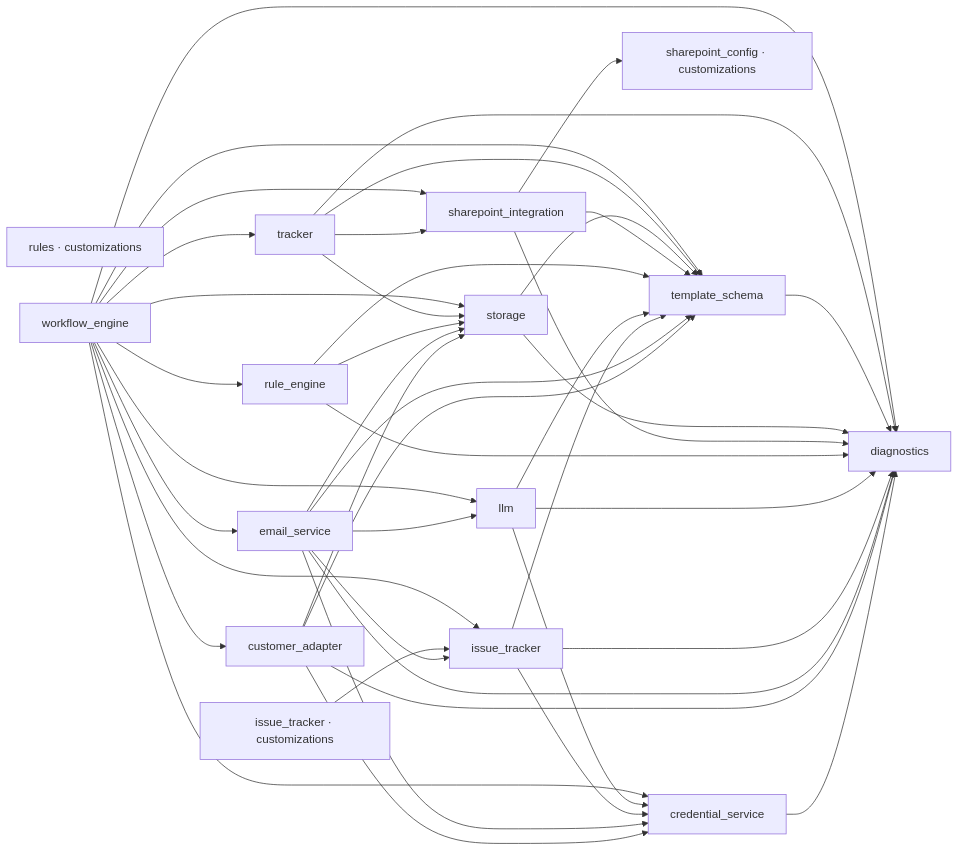
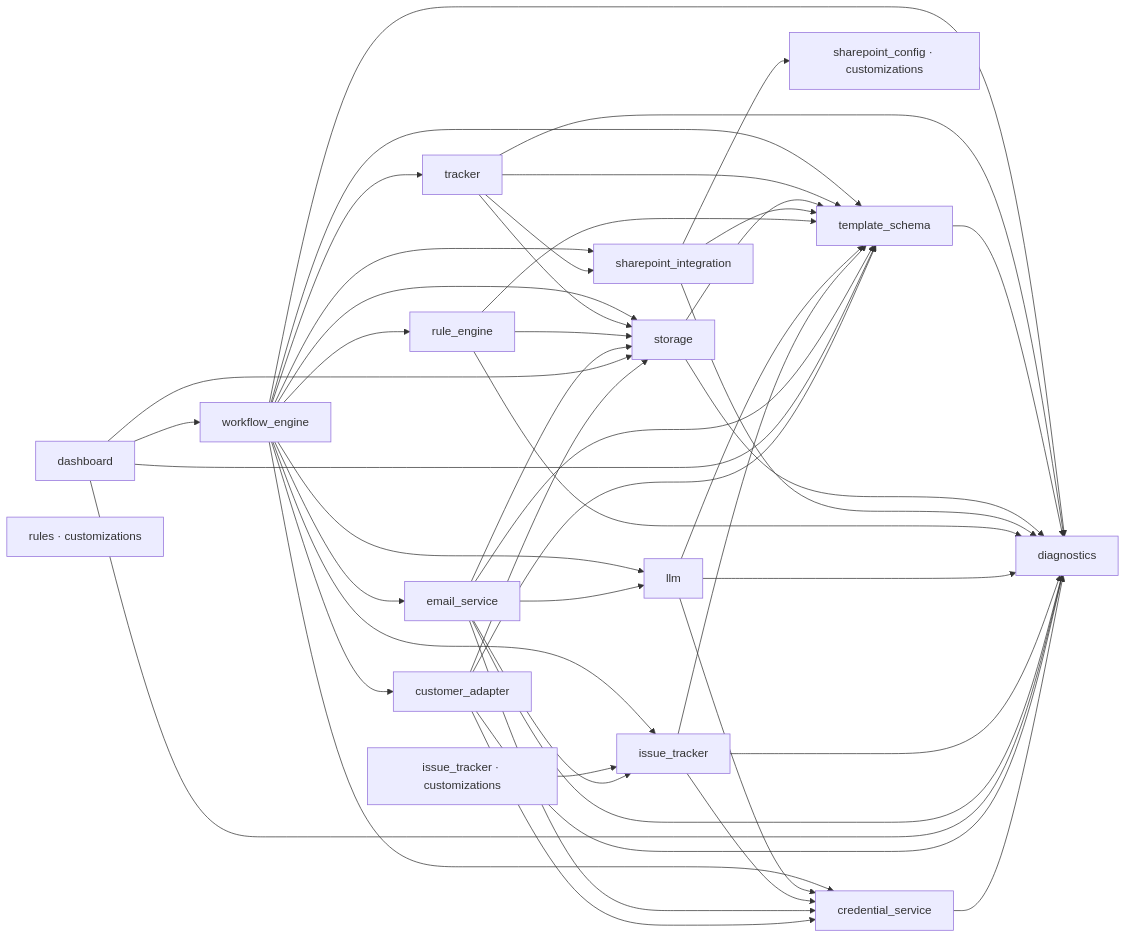
The diagram in docs/compact/MAP.md (kurnoolion/hilda), drawn with Mermaid before and after one commit. The commit also changed other lines of this file and 2 other files, not shown here.

First line of the commit message:
close-session(rule-engine-v1): journal session 1 + regen-map + seam-aligned Depends-on

````diff
--- a/docs/compact/MAP.md
+++ b/docs/compact/MAP.md
@@ -25,61 +26,66 @@
 ```mermaid
 flowchart LR
     m_credential_service[credential_service]
     m_customer_adapter[customer_adapter]
+    m_dashboard[dashboard]
     m_diagnostics[diagnostics]
     m_email_service[email_service]
     m_issue_tracker[issue_tracker]
     m_issue_tracker_cust[issue_tracker · customizations]
     m_llm[llm]
     m_rule_engine[rule_engine]
     m_rules_cust[rules · customizations]
     m_sharepoint_config[sharepoint_config · customizations]
     m_sharepoint_integration[sharepoint_integration]
     m_storage[storage]
     m_template_schema[template_schema]
     m_tracker[tracker]
     m_workflow_engine[workflow_engine]
 
     m_credential_service --> m_diagnostics
     m_customer_adapter --> m_diagnostics
     m_customer_adapter --> m_credential_service
     m_customer_adapter --> m_storage
     m_customer_adapter --> m_template_schema
+    m_dashboard --> m_diagnostics
+    m_dashboard --> m_storage
+    m_dashboard --> m_template_schema
+    m_dashboard --> m_workflow_engine
     m_email_service --> m_diagnostics
     m_email_service --> m_credential_service
     m_email_service --> m_storage
     m_email_service --> m_template_schema
     m_email_service --> m_llm
     m_email_service --> m_issue_tracker
     m_issue_tracker --> m_diagnostics
     m_issue_tracker --> m_template_schema
     m_issue_tracker --> m_credential_service
     m_issue_tracker_cust --> m_issue_tracker
     m_llm --> m_diagnostics
     m_llm --> m_credential_service
     m_llm --> m_template_schema
     m_rule_engine --> m_diagnostics
     m_rule_engine --> m_template_schema
     m_rule_engine --> m_storage
     m_sharepoint_integration --> m_diagnostics
     m_sharepoint_integration --> m_template_schema
     m_sharepoint_integration --> m_sharepoint_config
     m_storage --> m_diagnostics
     m_storage --> m_template_schema
     m_template_schema --> m_diagnostics
     m_tracker --> m_diagnostics
     m_tracker --> m_template_schema
     m_tracker --> m_storage
     m_tracker --> m_sharepoint_integration
     m_workflow_engine --> m_diagnostics
     m_workflow_engine --> m_template_schema
     m_workflow_engine --> m_rule_engine
     m_workflow_engine --> m_storage
     m_workflow_engine --> m_credential_service
     m_workflow_engine --> m_sharepoint_integration
     m_workflow_engine --> m_email_service
     m_workflow_engine --> m_customer_adapter
     m_workflow_engine --> m_issue_tracker
     m_workflow_engine --> m_llm
     m_workflow_engine --> m_tracker
 ```
````
